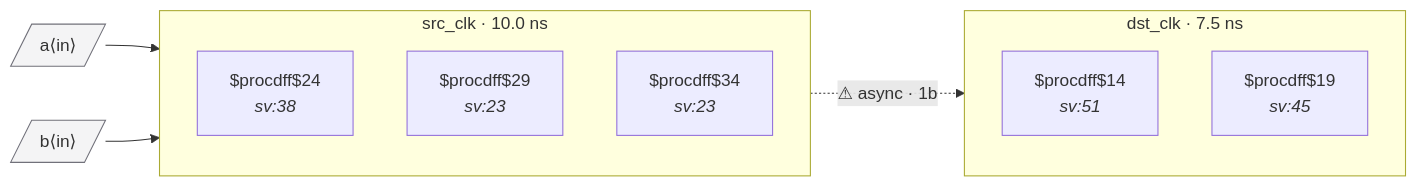
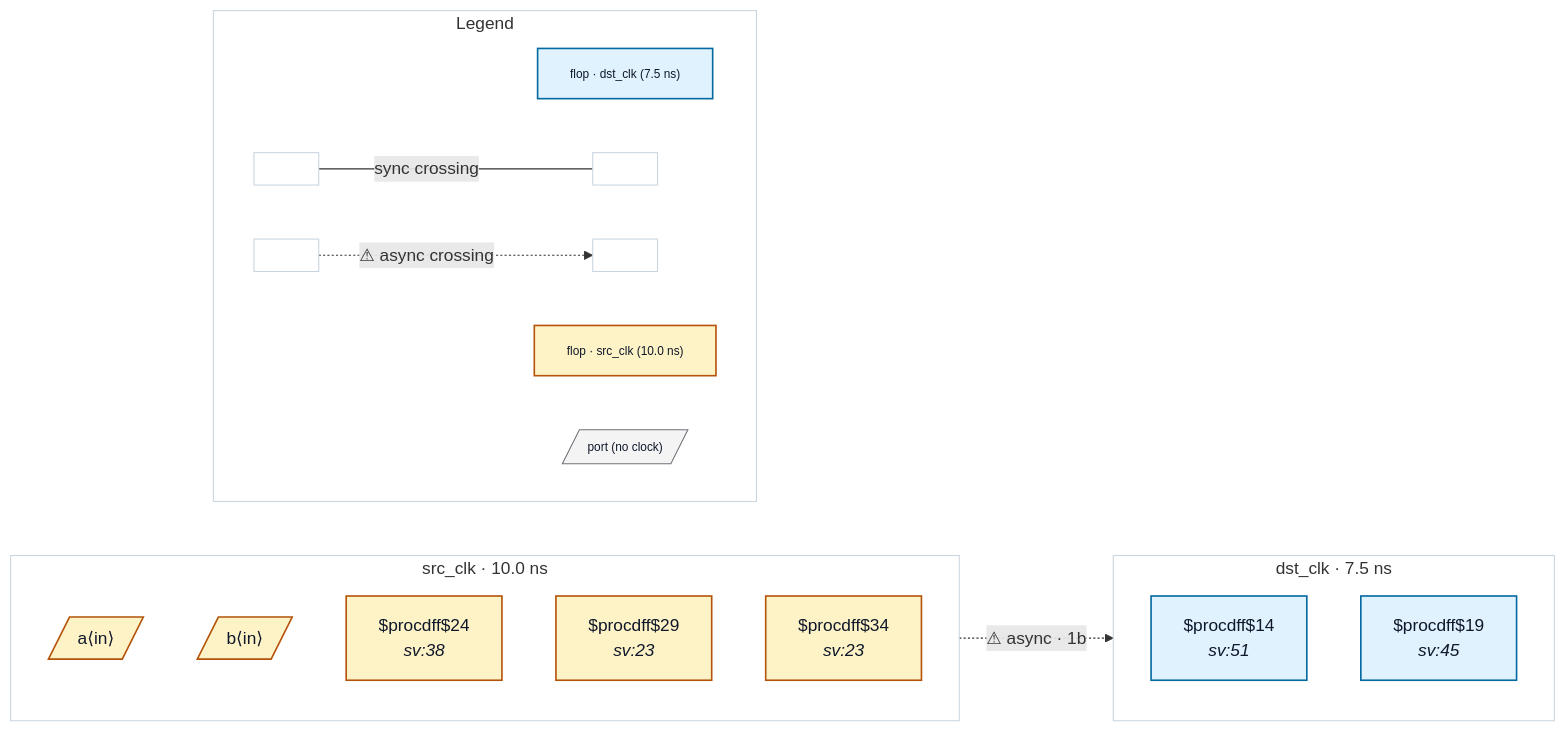
Before and after one commit to rtl-buddy/rtl-buddy-cdc: the diagram in tests/fixtures/good_registered_before_sync/README.md, drawn with Mermaid. The commit also changed 71 other files, not shown here.

First line of the commit message:
Refresh fixture READMEs + render iterations (colors, legend, nested ports, clock-net edges)

````diff
--- a/tests/fixtures/good_registered_before_sync/README.md
+++ b/tests/fixtures/good_registered_before_sync/README.md
@@ -16,21 +16,44 @@
 ```mermaid
 %% good_registered_before_sync — generated by rtl-buddy-cdc render
 flowchart LR
   subgraph clk_dst_clk["dst_clk · 7.5 ns"]
     direction TB
-    f_6e8e4c02["$procdff$14<br/><i>sv:51</i>"]
-    f_39ce643b["$procdff$19<br/><i>sv:45</i>"]
+    f_6e8e4c02["$procdff$14<br/><i>sv:51</i>"]:::ckcls_dst_clk
+    f_39ce643b["$procdff$19<br/><i>sv:45</i>"]:::ckcls_dst_clk
   end
   subgraph clk_src_clk["src_clk · 10.0 ns"]
     direction TB
-    f_7871f0f4["$procdff$24<br/><i>sv:38</i>"]
-    f_c0165c12["$procdff$29<br/><i>sv:23</i>"]
-    f_42718ca3["$procdff$34<br/><i>sv:23</i>"]
+    p_in_a[/"a⟨in⟩"/]:::ckcls_src_clk
+    p_in_b[/"b⟨in⟩"/]:::ckcls_src_clk
+    f_7871f0f4["$procdff$24<br/><i>sv:38</i>"]:::ckcls_src_clk
+    f_c0165c12["$procdff$29<br/><i>sv:23</i>"]:::ckcls_src_clk
+    f_42718ca3["$procdff$34<br/><i>sv:23</i>"]:::ckcls_src_clk
   end
-  p_in_a[/"a⟨in⟩"/]:::port
-  p_in_b[/"b⟨in⟩"/]:::port
-  p_in_a --> f_7871f0f4
-  p_in_b --> f_7871f0f4
   f_7871f0f4 -. "⚠ async · 1b" .-> f_39ce643b
-  classDef port fill:#f4f4f5,stroke:#71717a
+  subgraph rb_legend["Legend"]
+    direction LR
+    lg_clk_dst_clk["flop · dst_clk (7.5 ns)"]:::ckcls_dst_clk
+    lg_clk_src_clk["flop · src_clk (10.0 ns)"]:::ckcls_src_clk
+    lg_port[/"port (no clock)"/]:::port_unassigned
+    lg_sync_a[" "]:::ckcls_legend_neutral
+    lg_sync_b[" "]:::ckcls_legend_neutral
+    lg_async_a[" "]:::ckcls_legend_neutral
+    lg_async_b[" "]:::ckcls_legend_neutral
+    lg_sync_a --- |"sync crossing"| lg_sync_b
+    lg_async_a -. "⚠ async crossing" .-> lg_async_b
+  end
+  style clk_dst_clk fill:none,stroke:#cbd5e1
+  style clk_src_clk fill:none,stroke:#cbd5e1
+  style rb_legend fill:none,stroke:#cbd5e1
+  style lg_clk_dst_clk font-size:11px
+  style lg_clk_src_clk font-size:11px
+  style lg_port font-size:11px
+  style lg_sync_a font-size:11px
+  style lg_sync_b font-size:11px
+  style lg_async_a font-size:11px
+  style lg_async_b font-size:11px
+  classDef ckcls_dst_clk fill:#e0f2fe,stroke:#0369a1,stroke-width:1.5px,color:#0f172a
+  classDef ckcls_src_clk fill:#fef3c7,stroke:#b45309,stroke-width:1.5px,color:#0f172a
+  classDef port_unassigned fill:#f4f4f5,stroke:#71717a,color:#0f172a
+  classDef ckcls_legend_neutral fill:#ffffff,stroke:#cbd5e1,stroke-width:1px,color:#0f172a
 ```
````
